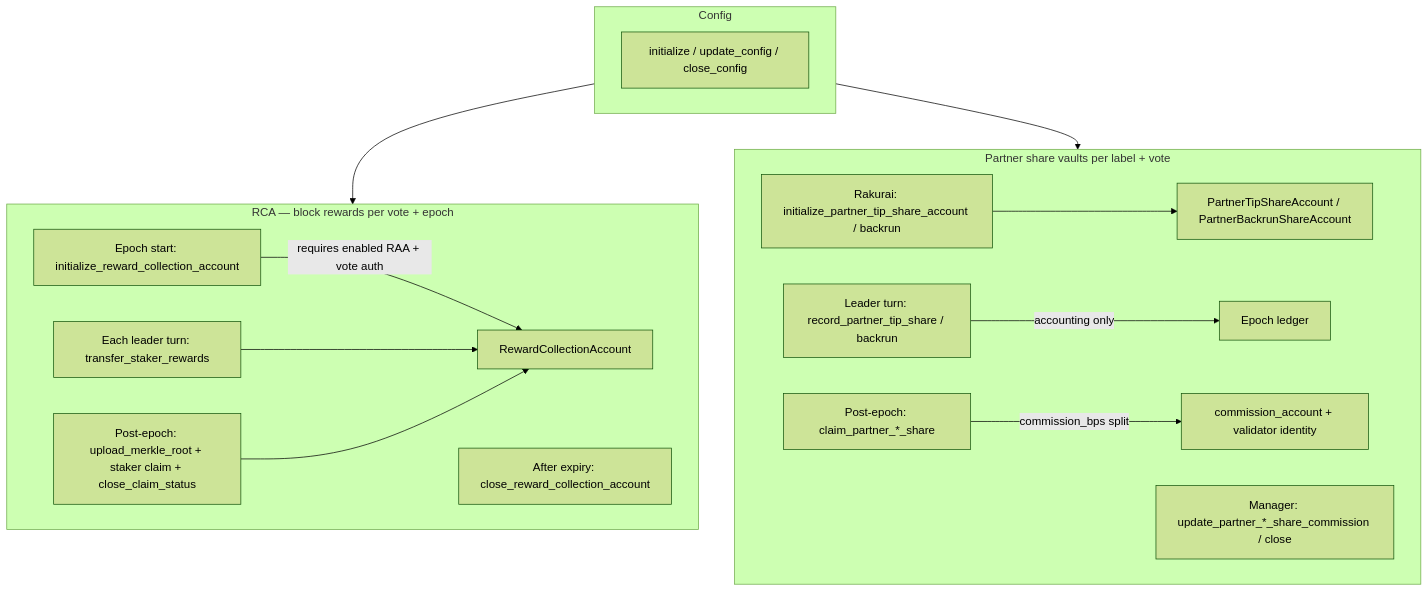
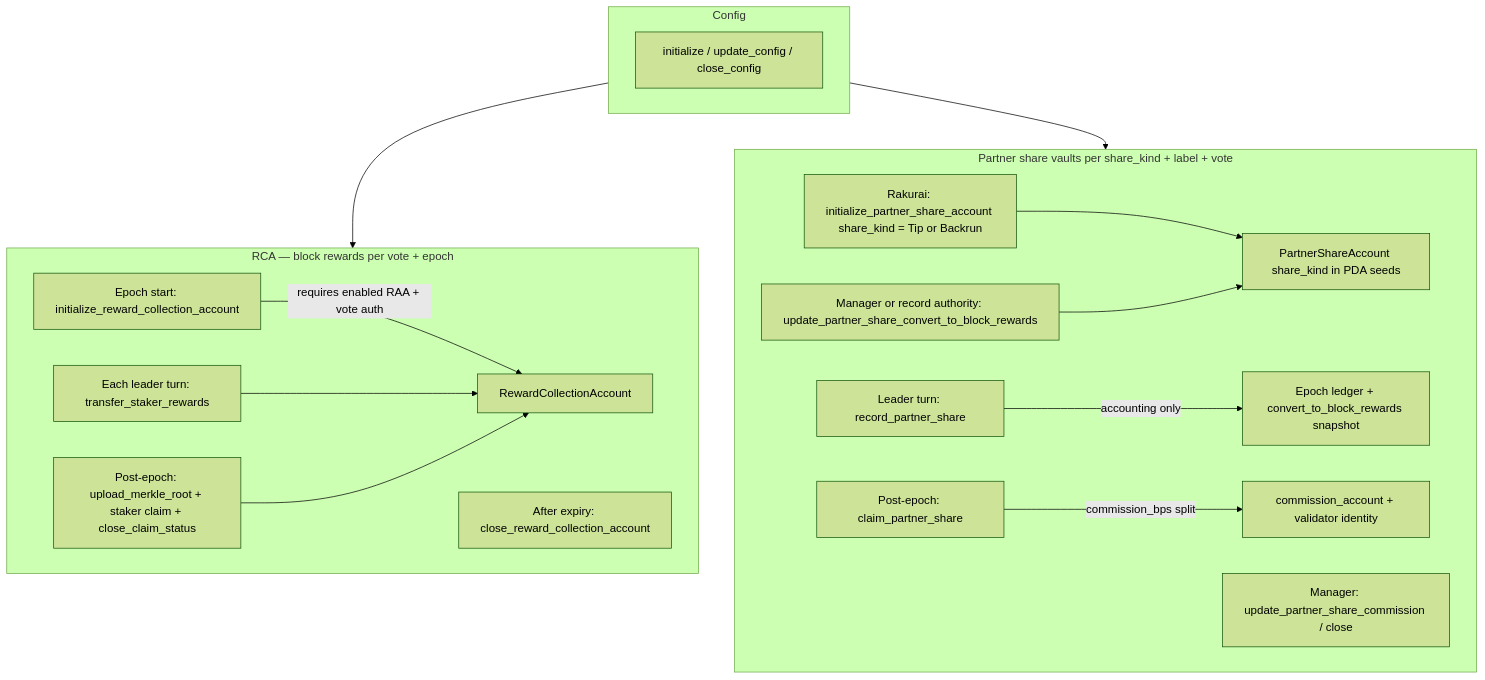
The second of 4 diagrams in diagram/program-flow-diagrams.md (rakurai-io/rakurai_programs), drawn with Mermaid (forest theme) before and after one commit. The commit also changed other lines of this file and 9 other files, not shown here.

````diff
--- a/diagram/program-flow-diagrams.md
+++ b/diagram/program-flow-diagrams.md
@@ -60,29 +60,31 @@
 ```mermaid
 flowchart TD
     subgraph config [Config]
         RD0[initialize / update_config / close_config]
     end
 
     subgraph rca [RCA — block rewards per vote + epoch]
         R1[Epoch start: initialize_reward_collection_account]
         R1 -->|requires enabled RAA + vote auth| RCA[RewardCollectionAccount]
         R2[Each leader turn: transfer_staker_rewards]
         R2 --> RCA
         R3[Post-epoch: upload_merkle_root + staker claim + close_claim_status]
         R3 --> RCA
         R4[After expiry: close_reward_collection_account]
     end
 
-    subgraph partner [Partner share vaults per label + vote]
-        P0[Rakurai: initialize_partner_tip_share_account / backrun]
-        P0 --> PTS[PartnerTipShareAccount / PartnerBackrunShareAccount]
-        P1[Leader turn: record_partner_tip_share / backrun]
-        P1 -->|accounting only| LEDGER[Epoch ledger]
-        P2[Post-epoch: claim_partner_*_share]
+    subgraph partner [Partner share vaults per share_kind + label + vote]
+        P0[Rakurai: initialize_partner_share_account share_kind = Tip or Backrun]
+        P0 --> PTS[PartnerShareAccount share_kind in PDA seeds]
+        P1[Leader turn: record_partner_share]
+        P1 -->|accounting only| LEDGER[Epoch ledger + convert_to_block_rewards snapshot]
+        P2[Post-epoch: claim_partner_share]
         P2 -->|commission_bps split| PAY[commission_account + validator identity]
-        P3[Manager: update_partner_*_share_commission / close]
+        P3[Manager: update_partner_share_commission / close]
+        P4[Manager or record authority: update_partner_share_convert_to_block_rewards]
+        P4 --> PTS
     end
 
     config --> rca
     config --> partner
 ```
````
